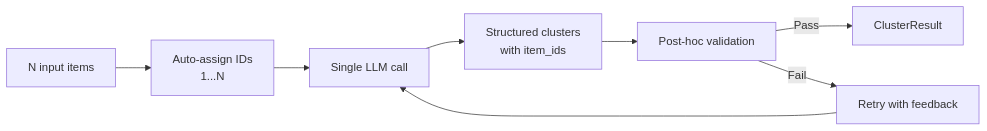
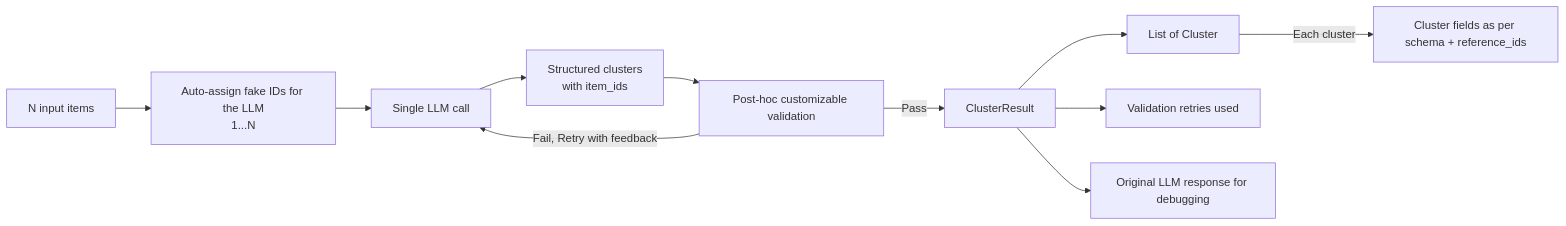
Before and after one commit to Fir121/llm-classifier: the second of 2 diagrams in README.md, drawn with Mermaid. The commit also changed other lines of this file and 2 other files, not shown here.

````diff
--- a/README.md
+++ b/README.md
@@ -149,10 +153,13 @@
 ```mermaid
 flowchart LR
-    A[N input items] --> B[Auto-assign IDs\n1...N]
+    A[N input items] --> B[Auto-assign fake IDs for the LLM<br/>1...N]
     B --> C[Single LLM call]
     C --> D[Structured clusters\nwith item_ids]
-    D --> E[Post-hoc validation]
+    D --> E[Post-hoc customizable validation]
     E -->|Pass| F[ClusterResult]
-    E -->|Fail| G[Retry with feedback]
-    G --> C
+    F -->H[List of Cluster]
+    F -->I[Validation retries used]
+    F -->J[Original LLM response for debugging]
+    H -->|Each cluster| K[Cluster fields as per schema + reference_ids]
+    E -->|Fail, Retry with feedback| C
 ```
````
